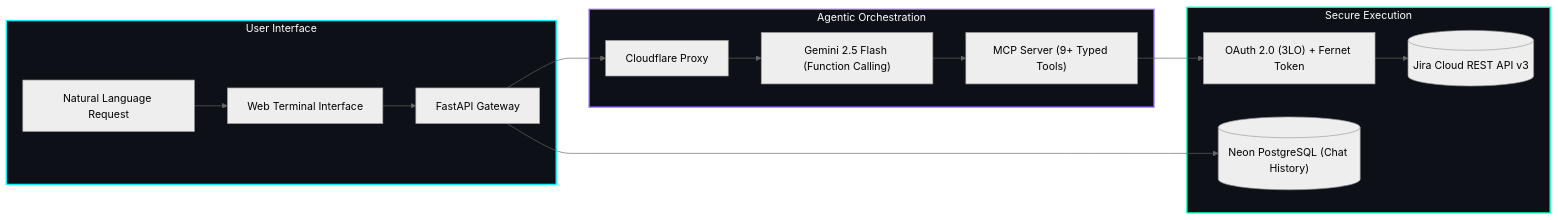
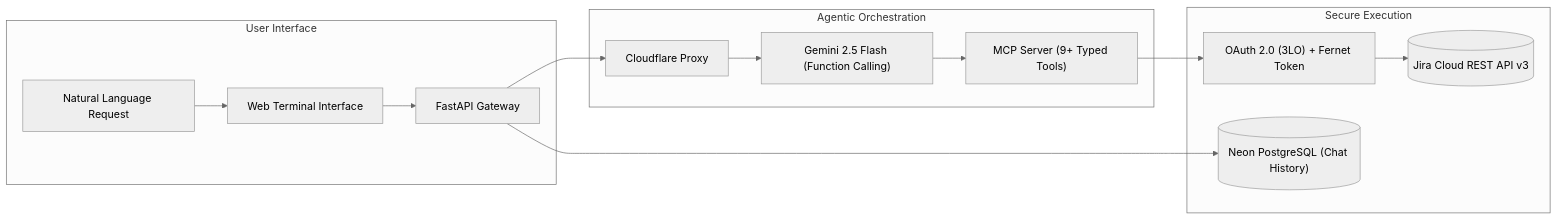
Before and after one commit to AnmolRajpoot25/AnmolRajpoot25: the second of 7 diagrams in README.md, drawn with Mermaid (neutral theme). The commit also changed other lines of this file, not shown here.

````diff
--- a/README.md
+++ b/README.md
@@ -104,23 +96,19 @@
 ```mermaid
 flowchart LR
     subgraph Client["User Interface"]
         U["Natural Language Request"] --> UI["Web Terminal Interface"]
         UI --> AG["FastAPI Gateway"]
     end
 
     subgraph Reasoning["Agentic Orchestration"]
         AG --> CF["Cloudflare Proxy"]
         CF --> GEM["Gemini 2.5 Flash (Function Calling)"]
         GEM --> MCP["MCP Server (9+ Typed Tools)"]
     end
 
     subgraph Integration["Secure Execution"]
         MCP --> OAUTH["OAuth 2.0 (3LO) + Fernet Token"]
         OAUTH --> JIRA[("Jira Cloud REST API v3")]
         AG --> NEON[("Neon PostgreSQL (Chat History)")]
     end
-
-    style Client fill:#0d1117,stroke:#00F7FF,stroke-width:2px,color:#fff
-    style Reasoning fill:#0d1117,stroke:#8B5CF6,stroke-width:2px,color:#fff
-    style Integration fill:#0d1117,stroke:#00FFB3,stroke-width:2px,color:#fff
 ```
````
